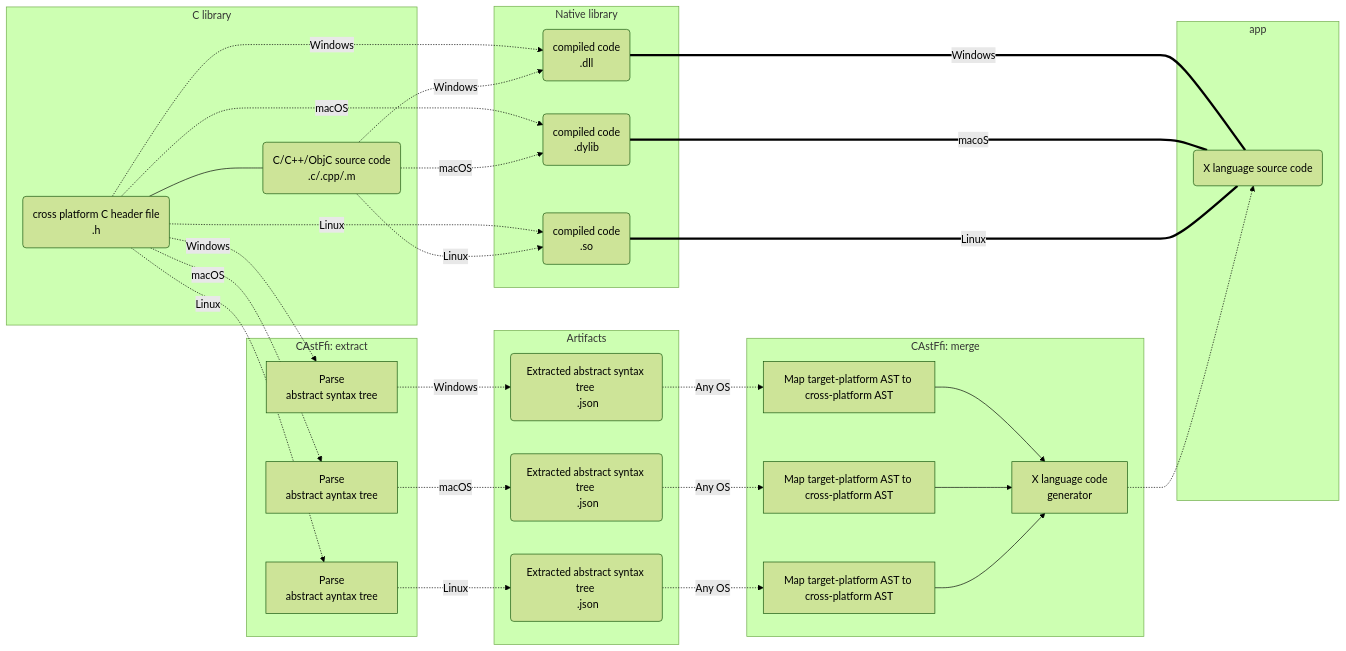
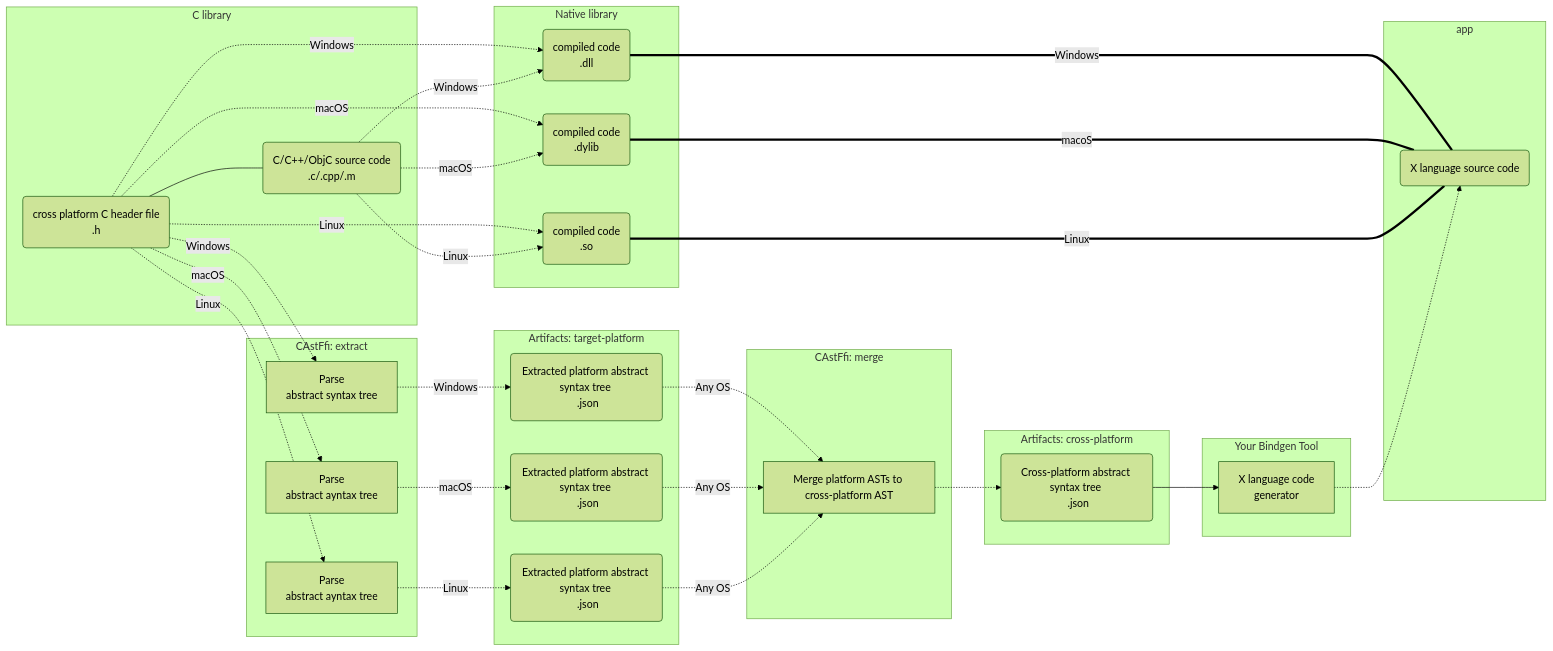
Before and after one commit to bottlenoselabs/CAstFfi: the diagram in README.md, drawn with Mermaid (forest theme).

```diff
--- a/README.md
+++ b/README.md
@@ -54,7 +54,7 @@
 
     end
 
-    subgraph Artifacts
+    subgraph Artifacts: target-platform
     
     C_HEADER -.-> |Windows| C_COMPILED_WINDOWS
     C_SOURCE -.-> |Windows| C_COMPILED_WINDOWS
@@ -65,29 +65,37 @@
     C_HEADER -.-> |Linux| C_COMPILED_LINUX
     C_SOURCE -.-> |Linux| C_COMPILED_LINUX
 
-    JSON_AST_WINDOWS(Extracted abstract syntax tree <br> .json)
-    JSON_AST_MACOS(Extracted abstract syntax tree <br> .json)
-    JSON_AST_LINUX(Extracted abstract syntax tree <br> .json)
+    JSON_PLATFORM_AST_WINDOWS(Extracted platform abstract syntax tree <br> .json)
+    JSON_PLATFORM_AST_MACOS(Extracted platform abstract syntax tree <br> .json)
+    JSON_PLATFORM_AST_LINUX(Extracted platform abstract syntax tree <br> .json)
 
-    PARSE_AST_WINDOWS -.-> |Windows| JSON_AST_WINDOWS
-    PARSE_AST_MACOS -.-> |macOS| JSON_AST_MACOS
-    PARSE_AST_LINUX -.-> |Linux| JSON_AST_LINUX
+    PARSE_AST_WINDOWS -.-> |Windows| JSON_PLATFORM_AST_WINDOWS
+    PARSE_AST_MACOS -.-> |macOS| JSON_PLATFORM_AST_MACOS
+    PARSE_AST_LINUX -.-> |Linux| JSON_PLATFORM_AST_LINUX
 
     end
 
     subgraph CAstFfi: merge
 
-    X_MAP_WINDOWS[Map target-platform AST to cross-platform AST]
-    X_MAP_MACOS[Map target-platform AST to cross-platform AST]
-    X_MAP_LINUX[Map target-platform AST to cross-platform AST]
+    MERGE_AST["Merge platform ASTs to cross-platform AST"]
 
-    JSON_AST_WINDOWS -.-> |Any OS| X_MAP_WINDOWS
-    JSON_AST_MACOS -.-> |Any OS| X_MAP_MACOS
-    JSON_AST_LINUX -.-> |Any OS| X_MAP_LINUX
+    JSON_PLATFORM_AST_WINDOWS -.-> |Any OS| MERGE_AST
+    JSON_PLATFORM_AST_MACOS -.-> |Any OS| MERGE_AST
+    JSON_PLATFORM_AST_LINUX -.-> |Any OS| MERGE_AST
 
-    X_MAP_WINDOWS --> X_CODE_GENERATOR[X language code <br> generator]
-    X_MAP_MACOS --> X_CODE_GENERATOR
-    X_MAP_LINUX --> X_CODE_GENERATOR
+    end
+
+    subgraph Artifacts: cross-platform
+
+    JSON_CROSS_AST(Cross-platform abstract syntax tree <br> .json)
+
+    MERGE_AST -.-> JSON_CROSS_AST
+
+    end
+
+    subgraph Your Bindgen Tool
+
+    JSON_CROSS_AST --> X_CODE_GENERATOR[X language code <br> generator]
 
     end
 
```
